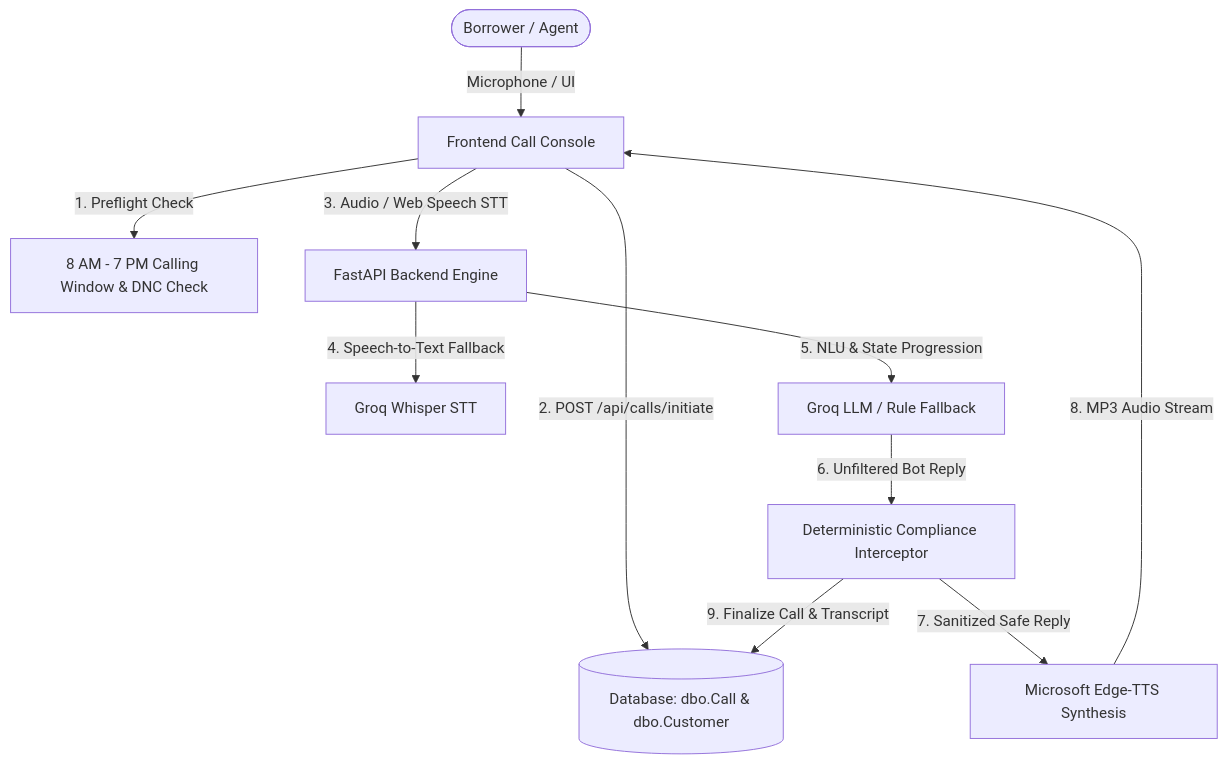
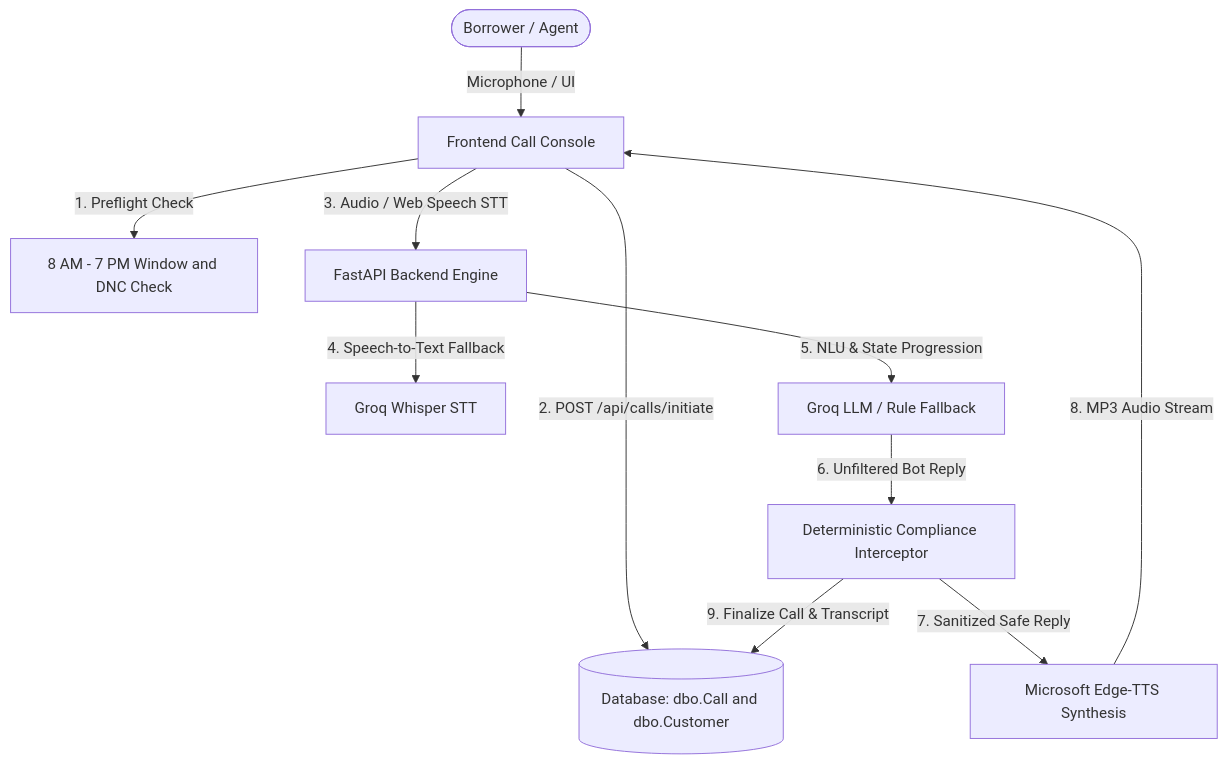
The first of 3 diagrams in ARCHITECTURE_REVIEW.md (HIMpcgithub3000/Shahfin), drawn with Mermaid before and after one commit. The commit also changed other lines of this file and 1 other file, not shown here.

Commit message:
fix(docs): quote node labels and edge texts in Mermaid diagrams to fix GitHub parser syntax error

````diff
--- a/ARCHITECTURE_REVIEW.md
+++ b/ARCHITECTURE_REVIEW.md
@@ -22,13 +22,13 @@
 ```mermaid
 flowchart TD
-    User([Borrower / Agent]) -->|Microphone / UI| FE[Frontend Call Console]
-    FE -->|1. Preflight Check| Gate[8 AM - 7 PM Calling Window & DNC Check]
-    FE -->|2. POST /api/calls/initiate| DB[(Database: dbo.Call & dbo.Customer)]
-    FE -->|3. Audio / Web Speech STT| FastAPIServer[FastAPI Backend Engine]
-    FastAPIServer -->|4. Speech-to-Text Fallback| WhisperSTT[Groq Whisper STT]
-    FastAPIServer -->|5. NLU & State Progression| NLU[Groq LLM / Rule Fallback]
-    NLU -->|6. Unfiltered Bot Reply| SafetyGate[Deterministic Compliance Interceptor]
-    SafetyGate -->|7. Sanitized Safe Reply| TTS[Microsoft Edge-TTS Synthesis]
-    TTS -->|8. MP3 Audio Stream| FE
-    SafetyGate -->|9. Finalize Call & Transcript| DB
+    User(["Borrower / Agent"]) -->|"Microphone / UI"| FE["Frontend Call Console"]
+    FE -->|"1. Preflight Check"| Gate["8 AM - 7 PM Window and DNC Check"]
+    FE -->|"2. POST /api/calls/initiate"| DB[("Database: dbo.Call and dbo.Customer")]
+    FE -->|"3. Audio / Web Speech STT"| FastAPIServer["FastAPI Backend Engine"]
+    FastAPIServer -->|"4. Speech-to-Text Fallback"| WhisperSTT["Groq Whisper STT"]
+    FastAPIServer -->|"5. NLU & State Progression"| NLU["Groq LLM / Rule Fallback"]
+    NLU -->|"6. Unfiltered Bot Reply"| SafetyGate["Deterministic Compliance Interceptor"]
+    SafetyGate -->|"7. Sanitized Safe Reply"| TTS["Microsoft Edge-TTS Synthesis"]
+    TTS -->|"8. MP3 Audio Stream"| FE
+    SafetyGate -->|"9. Finalize Call & Transcript"| DB
 ```
````
